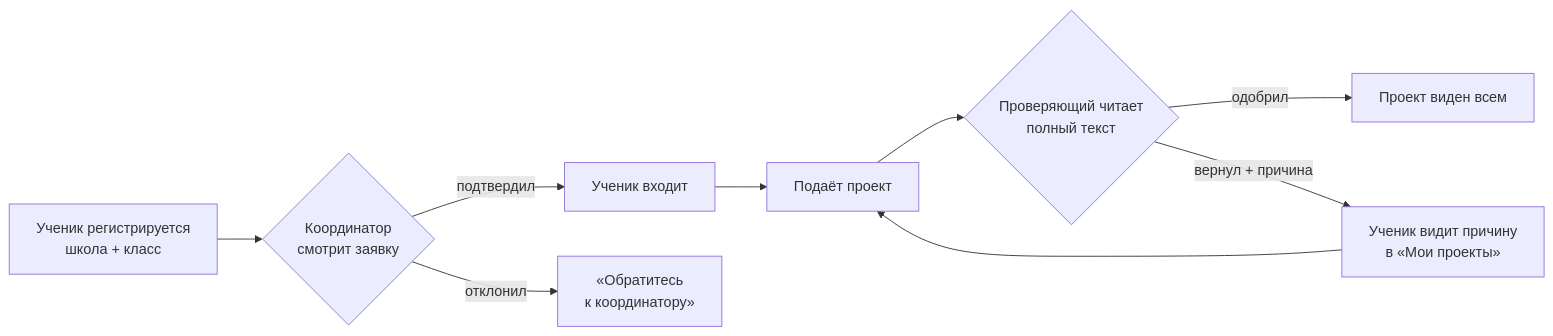
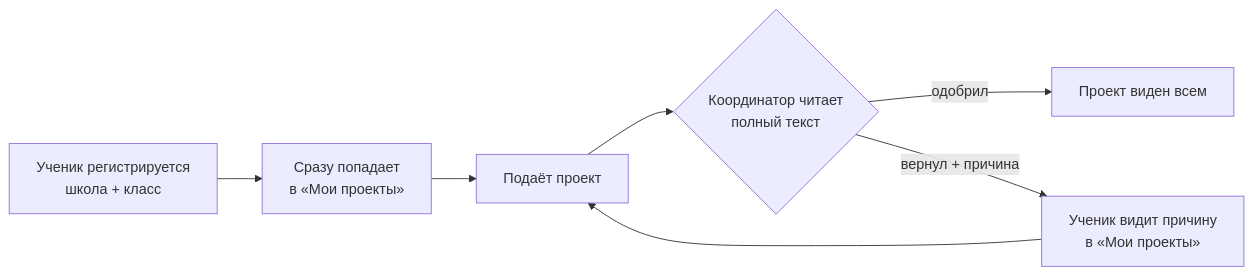
Before and after one commit to azizbekforgit-sudo/Aziz-s_2-projects: the first of 2 diagrams in PROJECT.md, drawn with Mermaid. The commit also changed other lines of this file and 18 other files, not shown here.

````diff
--- a/PROJECT.md
+++ b/PROJECT.md
@@ -72,11 +72,9 @@
 ```mermaid
 flowchart LR
-  A[Ученик регистрируется<br/>школа + класс] --> B{Координатор<br/>смотрит заявку}
-  B -- подтвердил --> C[Ученик входит]
-  B -- отклонил --> X[«Обратитесь<br/>к координатору»]
+  A[Ученик регистрируется<br/>школа + класс] --> C[Сразу попадает<br/>в «Мои проекты»]
   C --> D[Подаёт проект]
-  D --> E{Проверяющий читает<br/>полный текст}
+  D --> E{Координатор читает<br/>полный текст}
   E -- одобрил --> F[Проект виден всем]
   E -- вернул + причина --> G[Ученик видит причину<br/>в «Мои проекты»]
   G --> D
 ```
````
